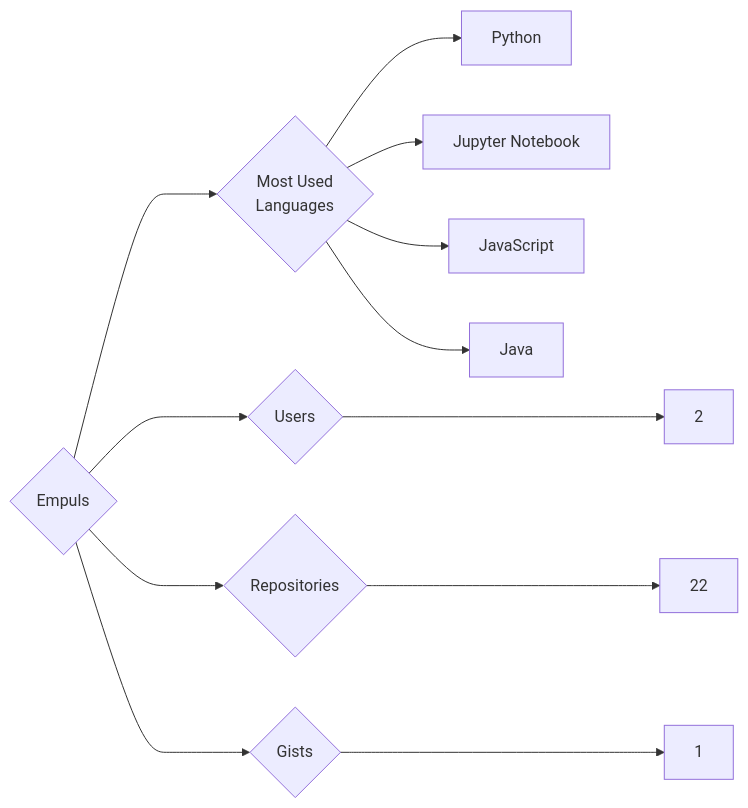
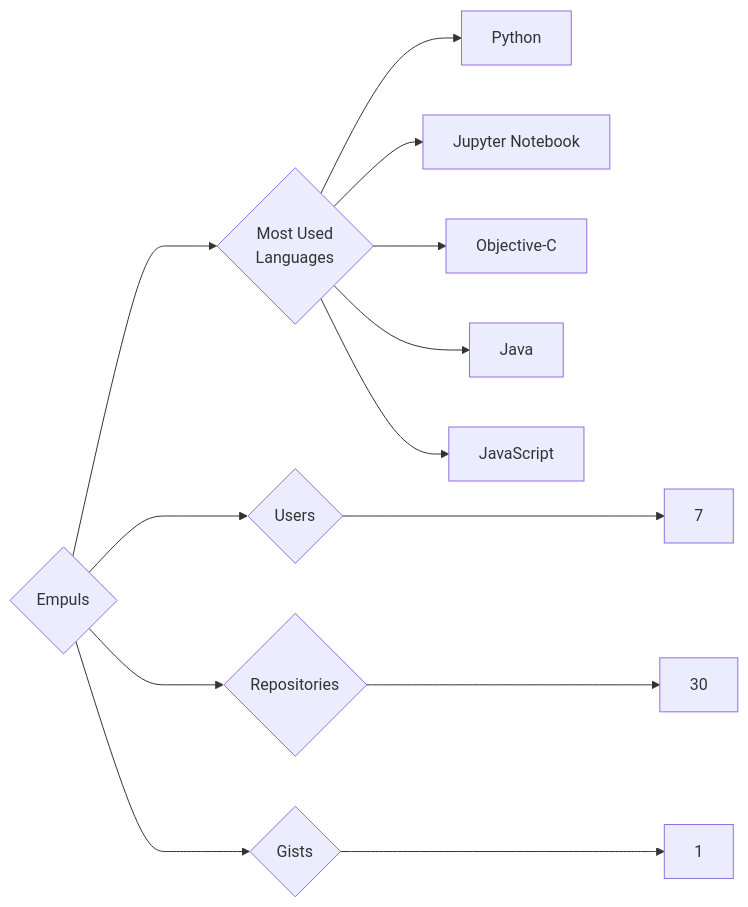
The diagram in targets/Empuls/README.md (trickest/insiders), drawn with Mermaid before and after one commit. The commit also changed 880 other files, not shown here.

````diff
--- a/targets/Empuls/README.md
+++ b/targets/Empuls/README.md
@@ -3,12 +3,13 @@
 ```mermaid
 graph LR
 COMPANY_NAME{Empuls}
-COMPANY_NAME ---> U{Users} ---> UN[2]
-COMPANY_NAME ---> R{Repositories} ---> RN[22]
+COMPANY_NAME ---> U{Users} ---> UN[7]
+COMPANY_NAME ---> R{Repositories} ---> RN[30]
 COMPANY_NAME ---> G{Gists} ---> GN[1]
 COMPANY_NAME ---> ML{Most Used<br>Languages}
 ML --> Python[Python]
 ML --> Jupyter_Notebook[Jupyter Notebook]
+ML --> Objective-C[Objective-C]
+ML --> Java[Java]
 ML --> JavaScript[JavaScript]
-ML --> Java[Java]
 ```
````
